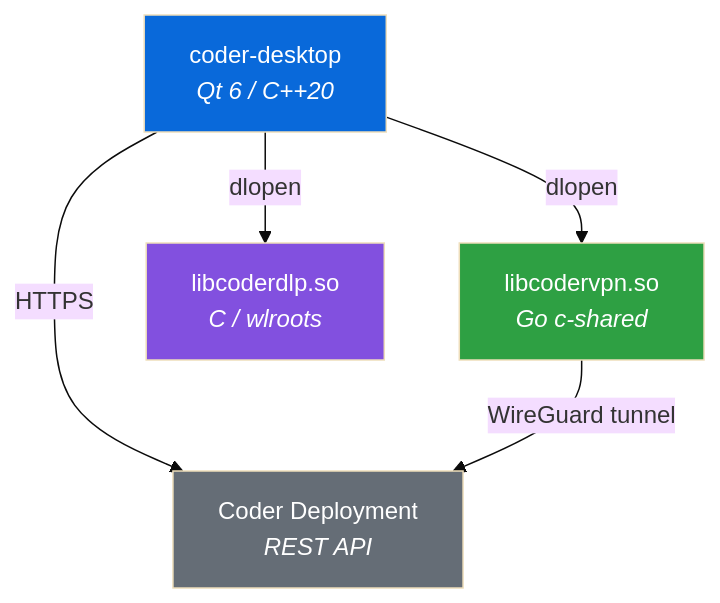
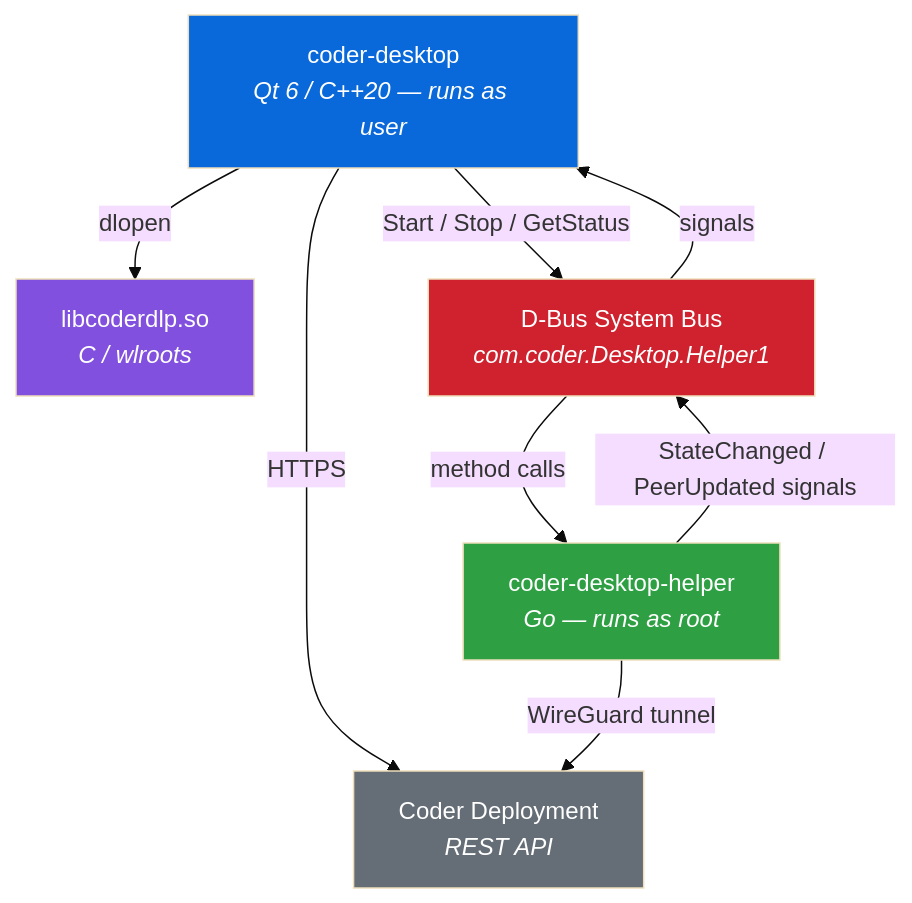
Before and after one commit to Shelnutt2/coder-desktop-linux: the diagram in README.md, drawn with Mermaid (base theme). The commit also changed other lines of this file and 1 other file, not shown here.

````diff
--- a/README.md
+++ b/README.md
@@ -120,17 +124,22 @@
 ```mermaid
 graph TD
-    APP["coder-desktop<br/><i>Qt 6 / C++20</i>"]
-    VPN["libcodervpn.so<br/><i>Go c-shared</i>"]
+    APP["coder-desktop<br/><i>Qt 6 / C++20 — runs as user</i>"]
+    HELPER["coder-desktop-helper<br/><i>Go — runs as root</i>"]
     DLP["libcoderdlp.so<br/><i>C / wlroots</i>"]
     API["Coder Deployment<br/><i>REST API</i>"]
+    DBUS["D-Bus System Bus<br/><i>com.coder.Desktop.Helper1</i>"]
 
-    APP -->|dlopen| VPN
+    APP -->|"Start / Stop / GetStatus"| DBUS
+    DBUS -->|"method calls"| HELPER
+    HELPER -->|"StateChanged / PeerUpdated signals"| DBUS
+    DBUS -->|"signals"| APP
     APP -->|dlopen| DLP
     APP -->|HTTPS| API
-    VPN -->|WireGuard tunnel| API
+    HELPER -->|WireGuard tunnel| API
 
     style APP fill:#0969da,color:#fff
-    style VPN fill:#2ea043,color:#fff
+    style HELPER fill:#2ea043,color:#fff
     style DLP fill:#8250df,color:#fff
     style API fill:#656d76,color:#fff
+    style DBUS fill:#cf222e,color:#fff
 ```
````
